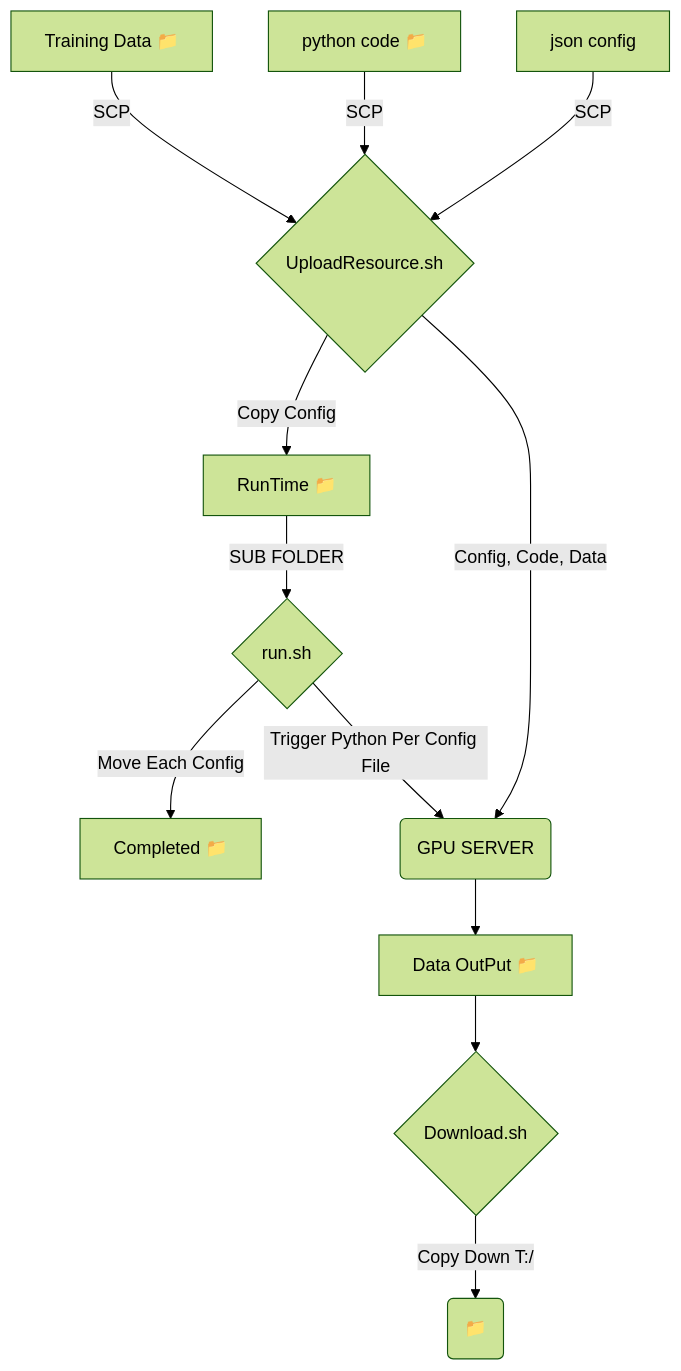
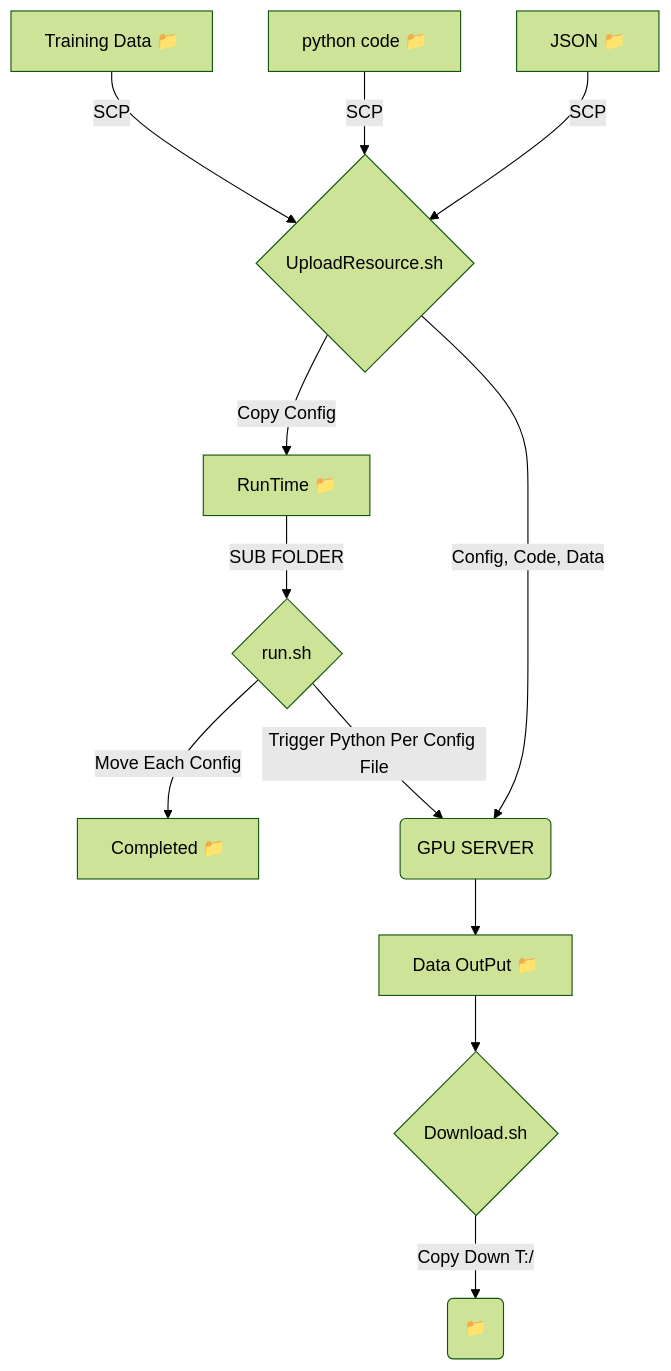
One commit to hung135/gpu_tasker changed the diagram in flow_chart.md. Above: the diagram before and after it, drawn with Mermaid (forest theme).

````diff
--- a/flow_chart.md
+++ b/flow_chart.md
@@ -1,22 +1,22 @@
 ```mermaid
 graph TD
-    A[json config] -->|SCP| F
+    A["JSON #128193;"] -->|SCP| F
     B -->|SCP| F
     C -->|SCP| F   
     B["python code #128193;"]
     C["Training Data #128193;"]
     D["RunTime #128193;"] 
     E["Completed #128193;"]
     F{UploadResource.sh}-->|Config, Code, Data|G
     F -->|Copy Config|D
     G(GPU SERVER)
     H{run.sh}-->|Move Each Config|E 
     H-->|Trigger Python Per Config File|G 
     D -->|SUB FOLDER| H
     G-->II["Data OutPut #128193;"]-->I
     I{Download.sh}-->|"Copy Down T:/"|J
     J("#128193;")
     
     
     
 ```
````
